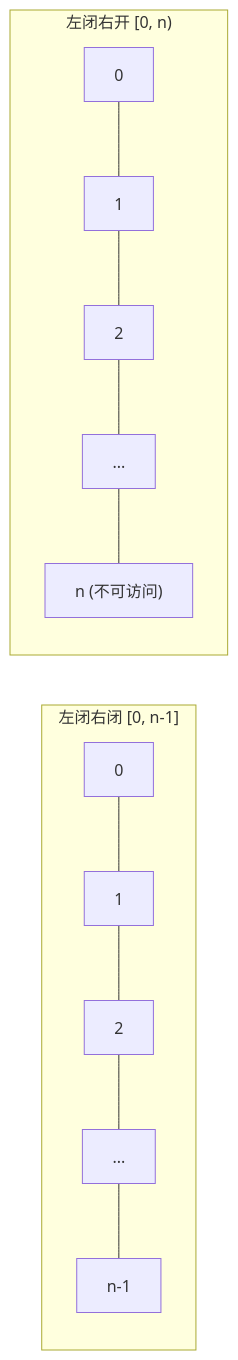
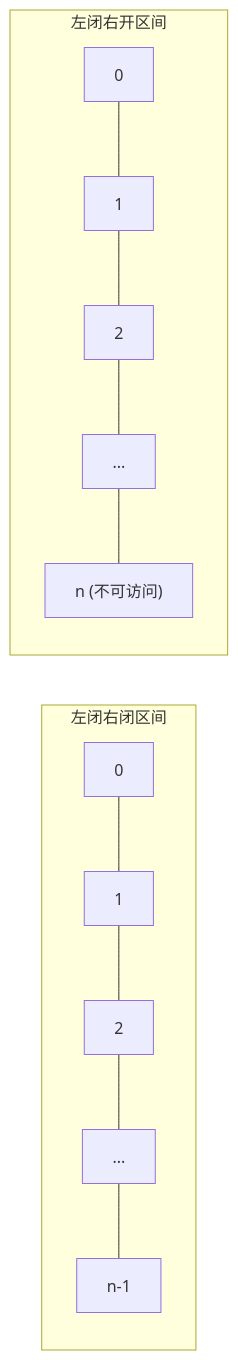
Before and after one commit to dd-xiaozhi/study-notes: the second of 14 diagrams in 计算机基础/算法/数据结构与算法/09_二分查找与递归.md, drawn with Mermaid. The commit also changed other lines of this file and 84 other files, not shown here.

````diff
--- a/计算机基础/算法/数据结构与算法/09_二分查找与递归.md
+++ b/计算机基础/算法/数据结构与算法/09_二分查找与递归.md
@@ -88,10 +88,10 @@
 ```mermaid
 flowchart LR
-    subgraph "左闭右闭 [0, n-1]"
+    subgraph 左闭右闭区间
         A0["0"] --- A1["1"] --- A2["2"] --- A3["..."] --- An["n-1"]
     end
 
-    subgraph "左闭右开 [0, n)"
+    subgraph 左闭右开区间
         B0["0"] --- B1["1"] --- B2["2"] --- B3["..."] --- Bn["n (不可访问)"]
     end
 ```
````
